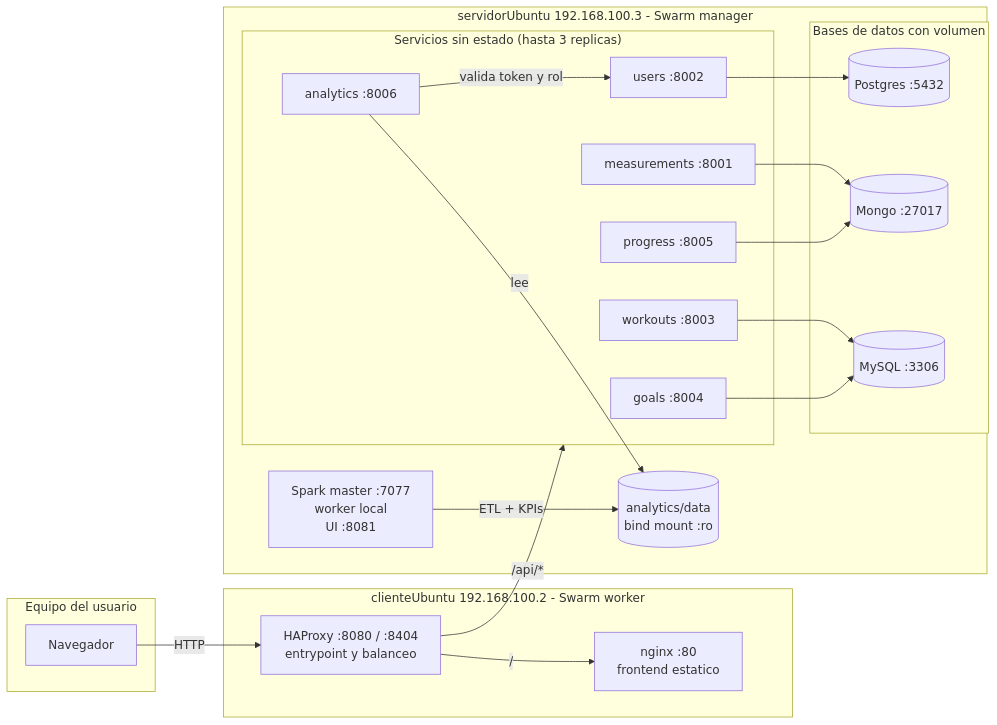
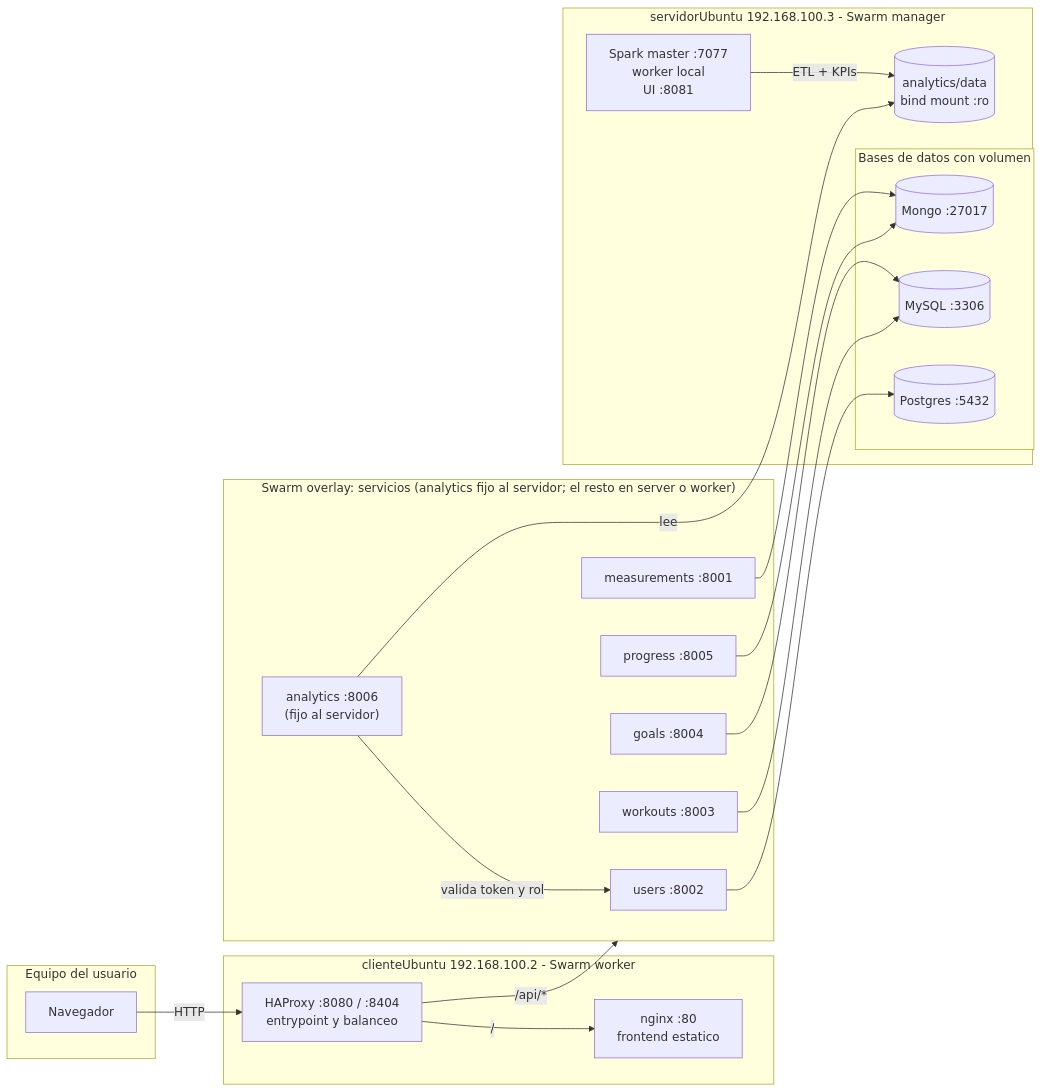
Before and after one commit to nicocpxmd/fittrack: the diagram in report/diagramas/03-despliegue.mmd, drawn with Mermaid. The commit also changed 6 other files, not shown here.

Commit message:
fix: diagrama de despliegue y precisiones del deck

```diff
--- a/report/diagramas/03-despliegue.mmd
+++ b/report/diagramas/03-despliegue.mmd
@@ -1,41 +1,42 @@
 %% Figura 3 - Diagrama de despliegue.
-%% Nodos, IPs, puertos, volumenes y que corre en cada maquina.
+%% Servicios sin estado en la red overlay; analytics queda fijo al servidor por el bind mount.
 flowchart LR
   subgraph Host[Equipo del usuario]
     NAV[Navegador]
   end
 
   subgraph Client["clienteUbuntu 192.168.100.2 - Swarm worker"]
     NG["nginx :80<br/>frontend estatico"]
     HA["HAProxy :8080 / :8404<br/>entrypoint y balanceo"]
   end
 
+  subgraph Services["Swarm overlay: servicios (analytics fijo al servidor; el resto en server o worker)"]
+    US["users :8002"]
+    ME["measurements :8001"]
+    PR["progress :8005"]
+    GO["goals :8004"]
+    WO["workouts :8003"]
+    AN["analytics :8006<br/>(fijo al servidor)"]
+  end
+
   subgraph Server["servidorUbuntu 192.168.100.3 - Swarm manager"]
-    subgraph Services["Servicios sin estado (hasta 3 replicas)"]
-      US["users :8002"]
-      ME["measurements :8001"]
-      PR["progress :8005"]
-      GO["goals :8004"]
-      WO["workouts :8003"]
-      AN["analytics :8006"]
-    end
     subgraph DBs["Bases de datos con volumen"]
       PG[("Postgres :5432")]
       MO[("Mongo :27017")]
       MY[("MySQL :3306")]
     end
     SPK["Spark master :7077<br/>worker local<br/>UI :8081"]
     JSON[("analytics/data<br/>bind mount :ro")]
   end
 
   NAV -->|HTTP| HA
   HA -->|"/"| NG
   HA -->|"/api/*"| Services
   AN -->|"valida token y rol"| US
   US --> PG
   ME --> MO
   PR --> MO
   WO --> MY
   GO --> MY
   AN -->|lee| JSON
   SPK -->|"ETL + KPIs"| JSON
```
